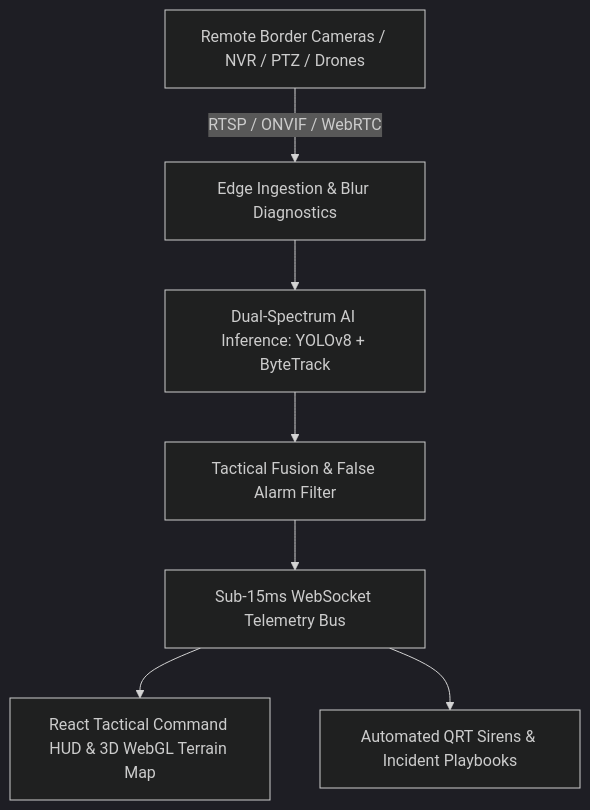
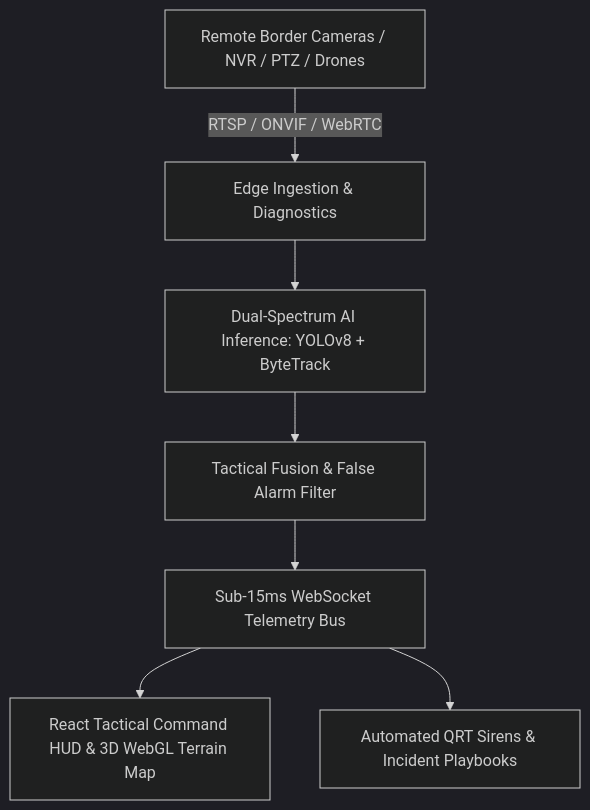
One commit to rajdixit070-v/IBVAP-1 changed the diagram in README.md. Above: the diagram before and after it, drawn with Mermaid (dark theme). The commit also changed other lines of this file, not shown here.

Commit message:
docs: clean, professional README focusing on core defense features, 3D WebGL terrain, and architecture

````diff
--- a/README.md
+++ b/README.md
@@ -27,9 +27,9 @@
 ```mermaid
 graph TD
-    A[Remote Border Cameras / NVR / PTZ / Drones] -->|RTSP / ONVIF / WebRTC| B[Edge Ingestion & Blur Diagnostics]
+    A[Remote Border Cameras / NVR / PTZ / Drones] -->|RTSP / ONVIF / WebRTC| B[Edge Ingestion & Diagnostics]
     B --> C[Dual-Spectrum AI Inference: YOLOv8 + ByteTrack]
     C --> D[Tactical Fusion & False Alarm Filter]
     D --> E[Sub-15ms WebSocket Telemetry Bus]
     E --> F[React Tactical Command HUD & 3D WebGL Terrain Map]
     E --> G[Automated QRT Sirens & Incident Playbooks]
 ```
````
